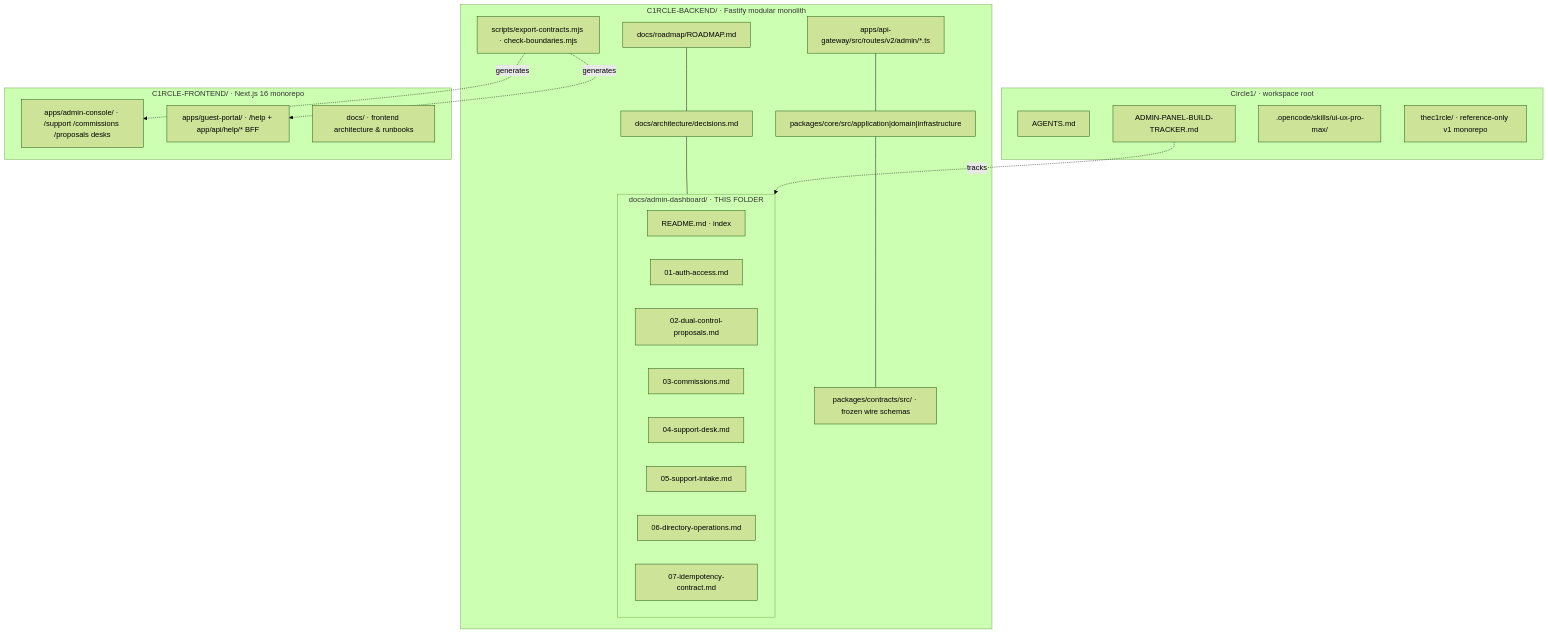
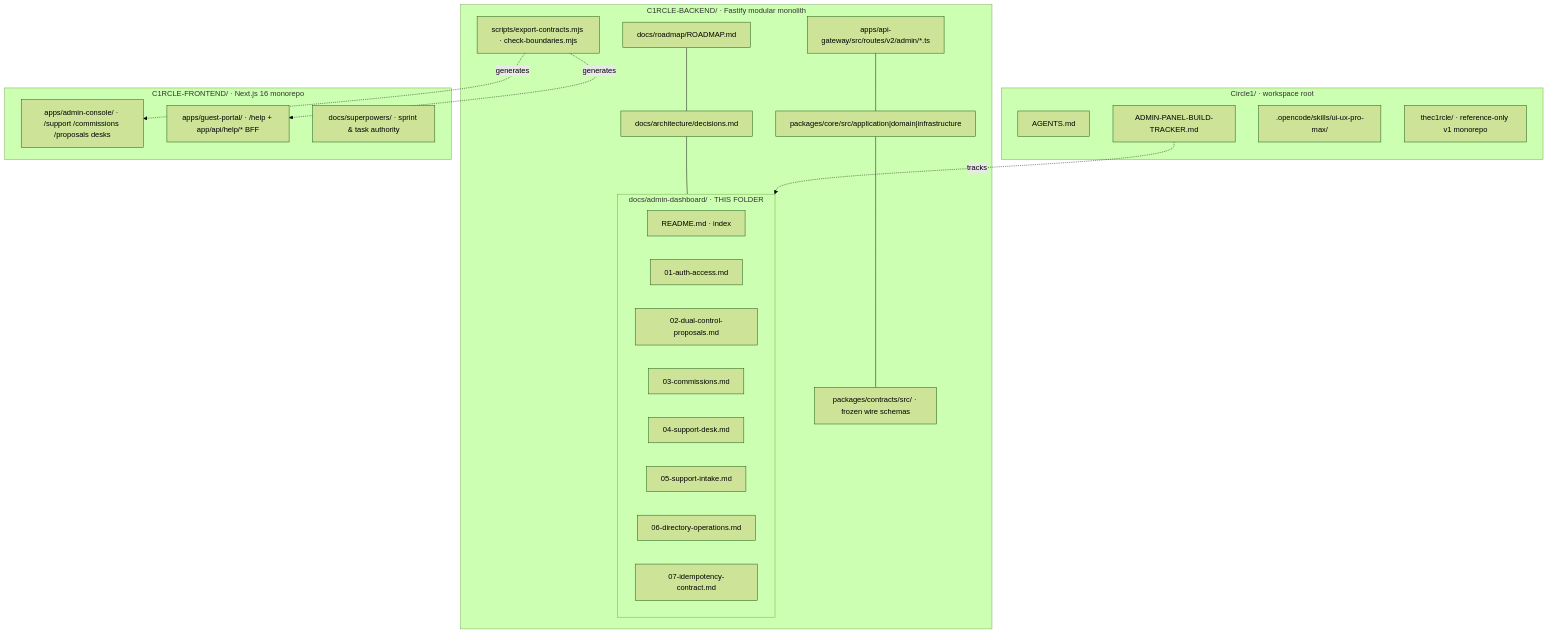
Before and after one commit to thec1rclehost123-cmd/expert_labs-c1rcle: the first of 3 diagrams in C1RCLE-BACKEND/docs/admin-dashboard/README.md, drawn with Mermaid (forest theme). The commit also changed 1459 other files, not shown here.

````diff
--- a/C1RCLE-BACKEND/docs/admin-dashboard/README.md
+++ b/C1RCLE-BACKEND/docs/admin-dashboard/README.md
@@ -27,41 +27,41 @@
 ```mermaid
 graph TD
     subgraph WS["Circle1/ · workspace root"]
         A1["AGENTS.md"]
         A2["ADMIN-PANEL-BUILD-TRACKER.md"]
         A3[".opencode/skills/ui-ux-pro-max/"]
         A4["thec1rcle/ · reference-only v1 monorepo"]
     end
 
     subgraph BE["C1RCLE-BACKEND/ · Fastify modular monolith"]
         B1["apps/api-gateway/src/routes/v2/admin/*.ts"]
         B2["packages/core/src/application|domain|infrastructure"]
         B3["packages/contracts/src/ · frozen wire schemas"]
         B4["scripts/export-contracts.mjs · check-boundaries.mjs"]
         B5["docs/roadmap/ROADMAP.md"]
         B6["docs/architecture/decisions.md"]
 
         subgraph BD["docs/admin-dashboard/ · THIS FOLDER"]
             R["README.md · index"]
             D1["01-auth-access.md"]
             D2["02-dual-control-proposals.md"]
             D3["03-commissions.md"]
             D4["04-support-desk.md"]
             D5["05-support-intake.md"]
             D6["06-directory-operations.md"]
             D7["07-idempotency-contract.md"]
         end
     end
 
     subgraph FE["C1RCLE-FRONTEND/ · Next.js 16 monorepo"]
         F1["apps/admin-console/ · /support /commissions /proposals desks"]
         F2["apps/guest-portal/ · /help + app/api/help/* BFF"]
-        F3["docs/ · frontend architecture & runbooks"]
+        F3["docs/superpowers/ · sprint & task authority"]
     end
 
     B4 -.generates.-> F1
     B4 -.generates.-> F2
     B1 --- B2 --- B3
     B5 --- B6 --- BD
     A2 -.tracks.-> BD
 ```
````
